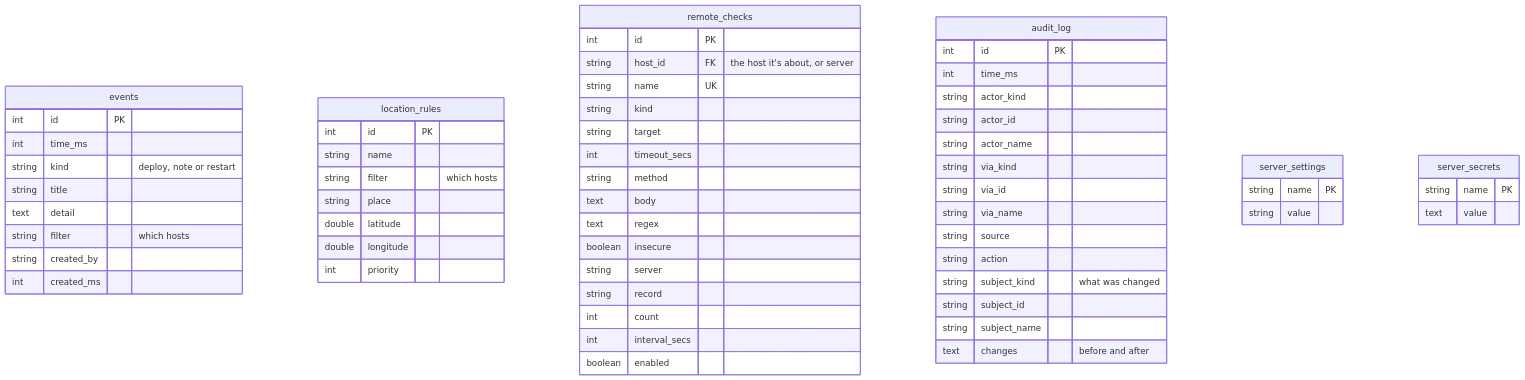
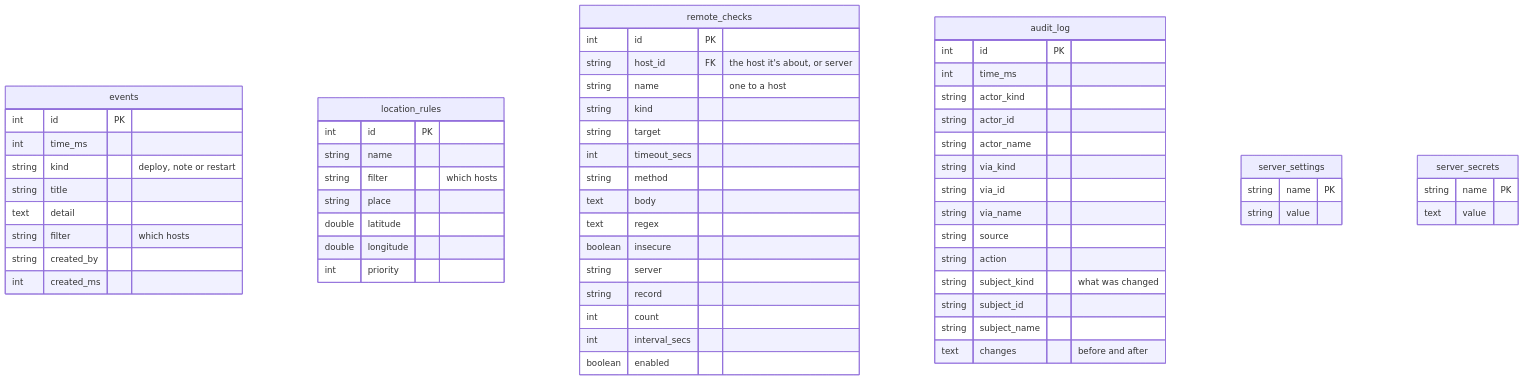
The second of 4 diagrams in database/README.md (sfreiberg/maxnines), drawn with Mermaid before and after one commit. The commit also changed other lines of this file and 10 other files, not shown here.

````diff
--- a/database/README.md
+++ b/database/README.md
@@ -315,63 +315,63 @@
 ```mermaid
 erDiagram
     events {
         int id PK
         int time_ms
         string kind "deploy, note or restart"
         string title
         text detail
         string filter "which hosts"
         string created_by
         int created_ms
     }
     location_rules {
         int id PK
         string name
         string filter "which hosts"
         string place
         double latitude
         double longitude
         int priority
     }
     remote_checks {
         int id PK
         string host_id FK "the host it's about, or server"
-        string name UK
+        string name "one to a host"
         string kind
         string target
         int timeout_secs
         string method
         text body
         text regex
         boolean insecure
         string server
         string record
         int count
         int interval_secs
         boolean enabled
     }
     audit_log {
         int id PK
         int time_ms
         string actor_kind
         string actor_id
         string actor_name
         string via_kind
         string via_id
         string via_name
         string source
         string action
         string subject_kind "what was changed"
         string subject_id
         string subject_name
         text changes "before and after"
     }
     server_settings {
         string name PK
         string value
     }
     server_secrets {
         string name PK
         text value
     }
 ```
````
